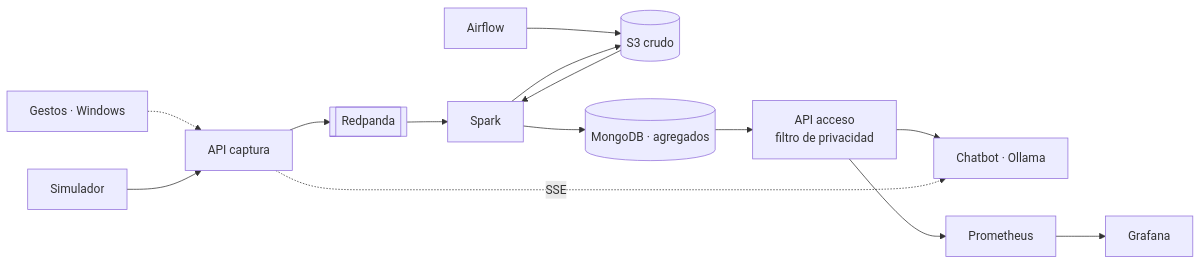
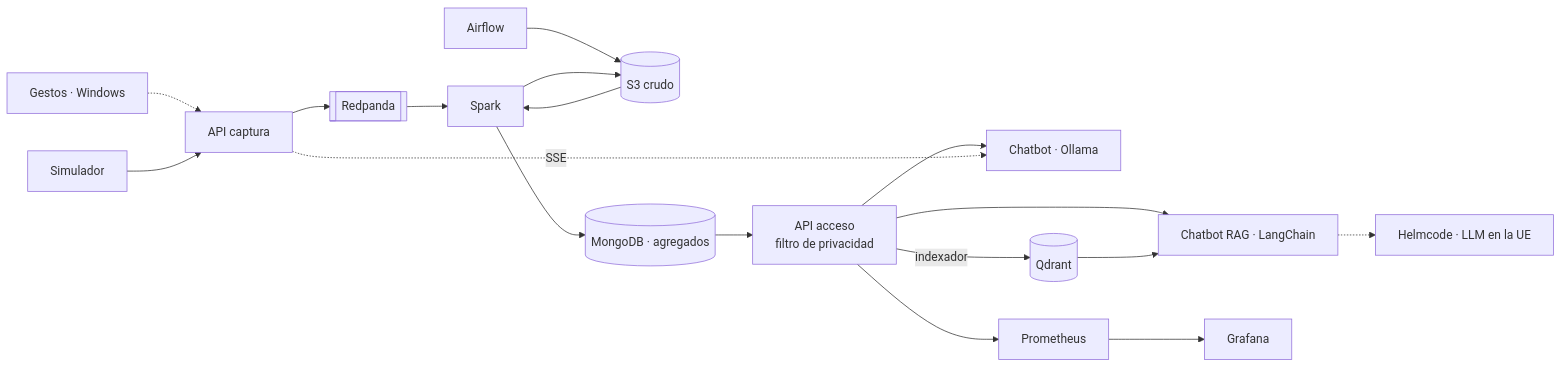
The diagram in README.md (javiersaguar/PIDS-Proyecto1), drawn with Mermaid before and after one commit. The commit also changed other lines of this file and 1 other file, not shown here.

Commit message:
README: stack tecnológico con badges, el chatbot RAG en la puesta en marcha y la estructura, y el reparto del README al Agente 1

````diff
--- a/README.md
+++ b/README.md
@@ -27,11 +66,14 @@
 ```mermaid
 flowchart LR
     G[Gestos · Windows] -.-> CAP[API captura]
     SIM[Simulador] --> CAP --> RP[[Redpanda]] --> SP[Spark]
     AF[Airflow] --> S3[(S3 crudo)] --> SP
     SP --> S3
     SP --> MG[(MongoDB · agregados)] --> ACC[API acceso<br/>filtro de privacidad]
     ACC --> BOT[Chatbot · Ollama]
+    ACC --> RAG[Chatbot RAG · LangChain]
+    ACC -- indexador --> QD[(Qdrant)] --> RAG
+    RAG -.-> HC[Helmcode · LLM en la UE]
     ACC --> PR[Prometheus] --> GR[Grafana]
     CAP -. SSE .-> BOT
 ```
````
